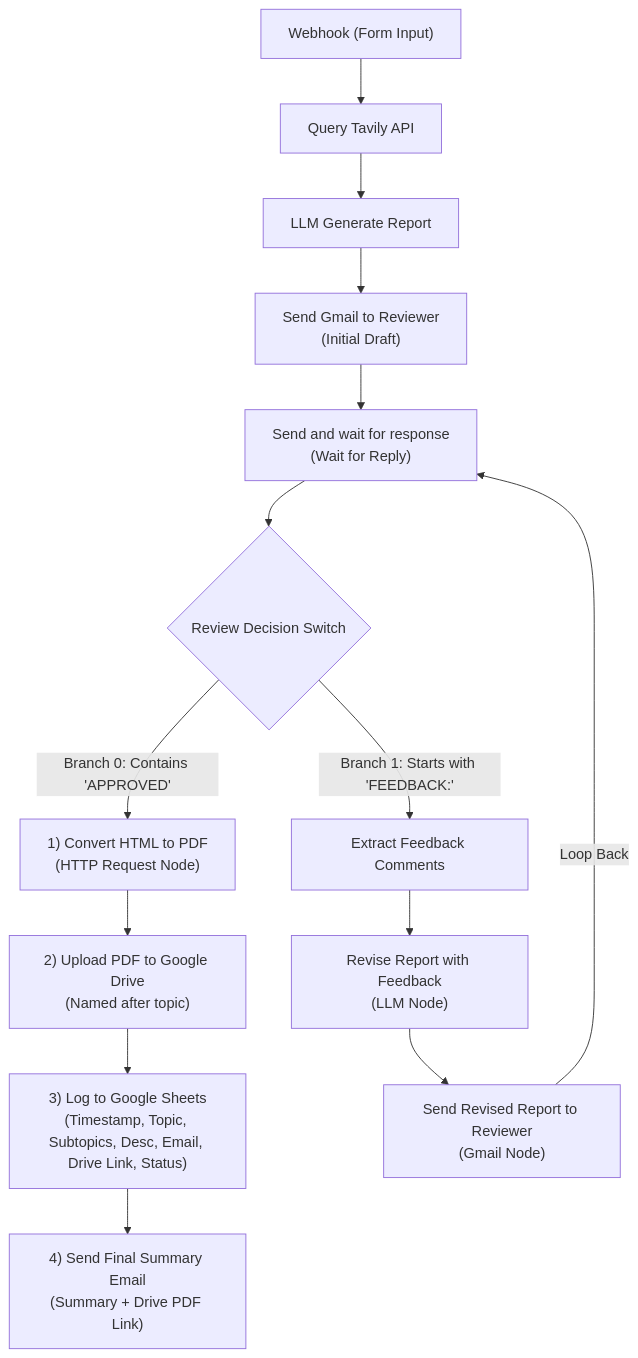
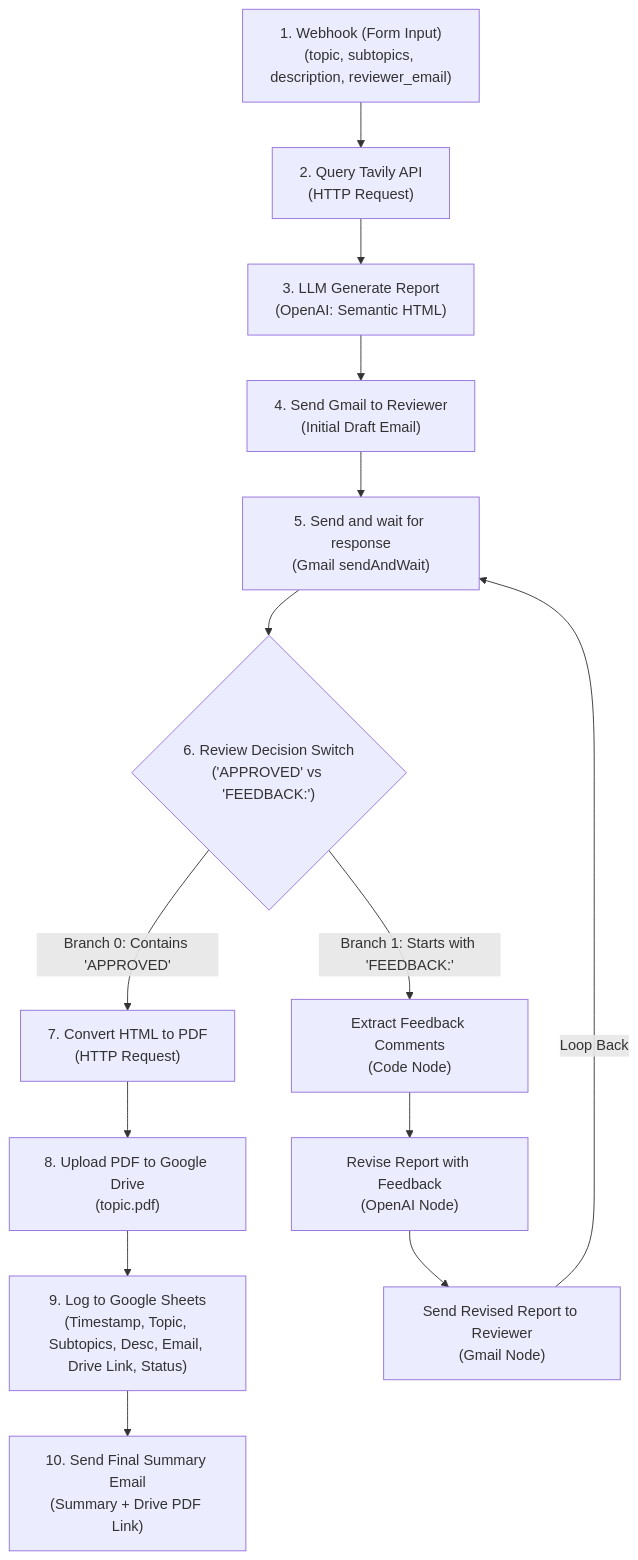
The diagram in README.md (Muaz2004/n8n-research-pipeline), drawn with Mermaid before and after one commit. The commit also changed other lines of this file and 5 other files, not shown here.

````diff
--- a/README.md
+++ b/README.md
@@ -35,20 +34,20 @@
 ```mermaid
 flowchart TD
-    A["Webhook (Form Input)"] --> B["Query Tavily API"]
-    B --> C["LLM Generate Report"]
-    C --> D["Send Gmail to Reviewer<br/>(Initial Draft)"]
-    D --> E["Send and wait for response<br/>(Wait for Reply)"]
-    E --> F{"Review Decision Switch"}
-    
+    A["1. Webhook (Form Input)<br/>(topic, subtopics, description, reviewer_email)"] --> B["2. Query Tavily API<br/>(HTTP Request)"]
+    B --> C["3. LLM Generate Report<br/>(OpenAI: Semantic HTML)"]
+    C --> D["4. Send Gmail to Reviewer<br/>(Initial Draft Email)"]
+    D --> E["5. Send and wait for response<br/>(Gmail sendAndWait)"]
+    E --> F{"6. Review Decision Switch<br/>('APPROVED' vs 'FEEDBACK:')"}
+
     %% Approval Branch
-    F -->|Branch 0: Contains 'APPROVED'| G["1) Convert HTML to PDF<br/>(HTTP Request Node)"]
-    G --> H["2) Upload PDF to Google Drive<br/>(Named after topic)"]
-    H --> I["3) Log to Google Sheets<br/>(Timestamp, Topic, Subtopics, Desc, Email, Drive Link, Status)"]
-    I --> J["4) Send Final Summary Email<br/>(Summary + Drive PDF Link)"]
-    
+    F -->|Branch 0: Contains 'APPROVED'| G["7. Convert HTML to PDF<br/>(HTTP Request)"]
+    G --> H["8. Upload PDF to Google Drive<br/>(topic.pdf)"]
+    H --> I["9. Log to Google Sheets<br/>(Timestamp, Topic, Subtopics, Desc, Email, Drive Link, Status)"]
+    I --> J["10. Send Final Summary Email<br/>(Summary + Drive PDF Link)"]
+
     %% Feedback Branch
-    F -->|Branch 1: Starts with 'FEEDBACK:'| K["Extract Feedback Comments"]
-    K --> L["Revise Report with Feedback<br/>(LLM Node)"]
+    F -->|Branch 1: Starts with 'FEEDBACK:'| K["Extract Feedback Comments<br/>(Code Node)"]
+    K --> L["Revise Report with Feedback<br/>(OpenAI Node)"]
     L --> M["Send Revised Report to Reviewer<br/>(Gmail Node)"]
     M -->|Loop Back| E
 ```
````
